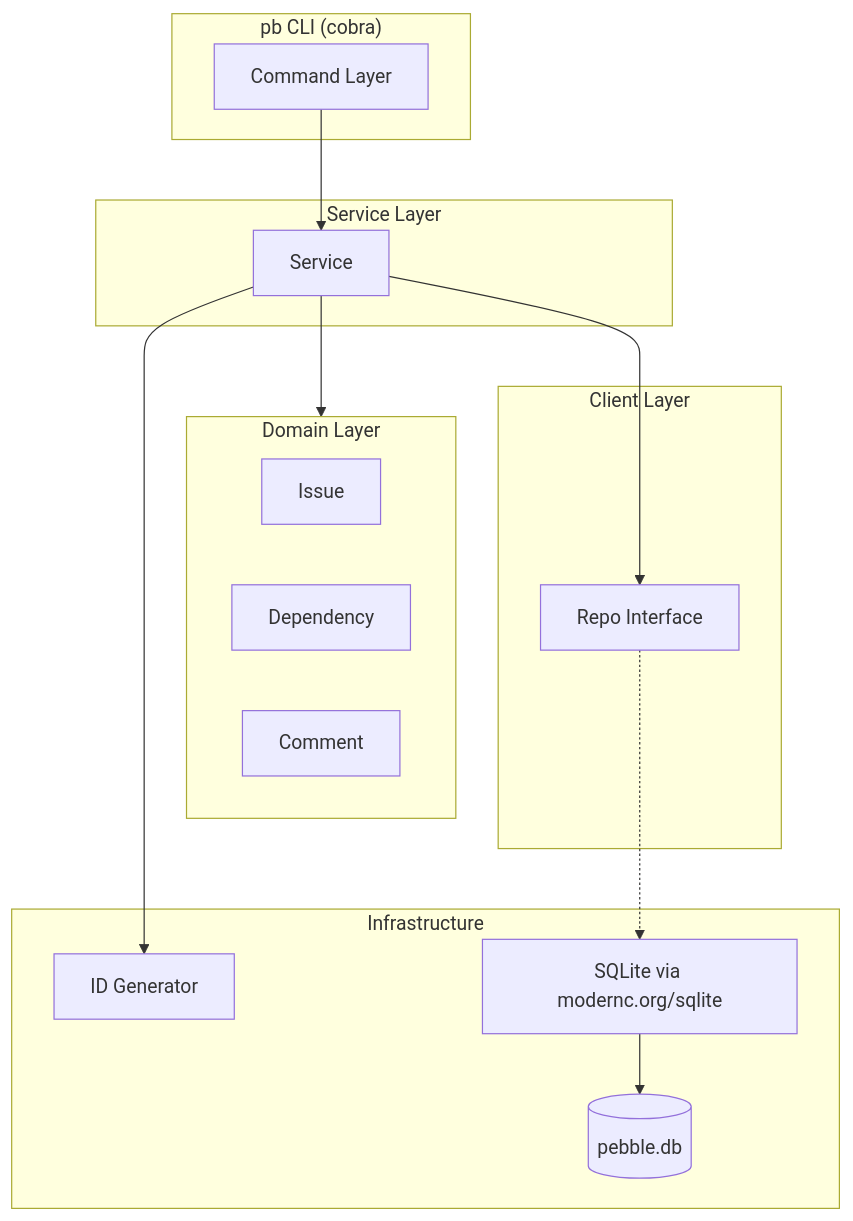
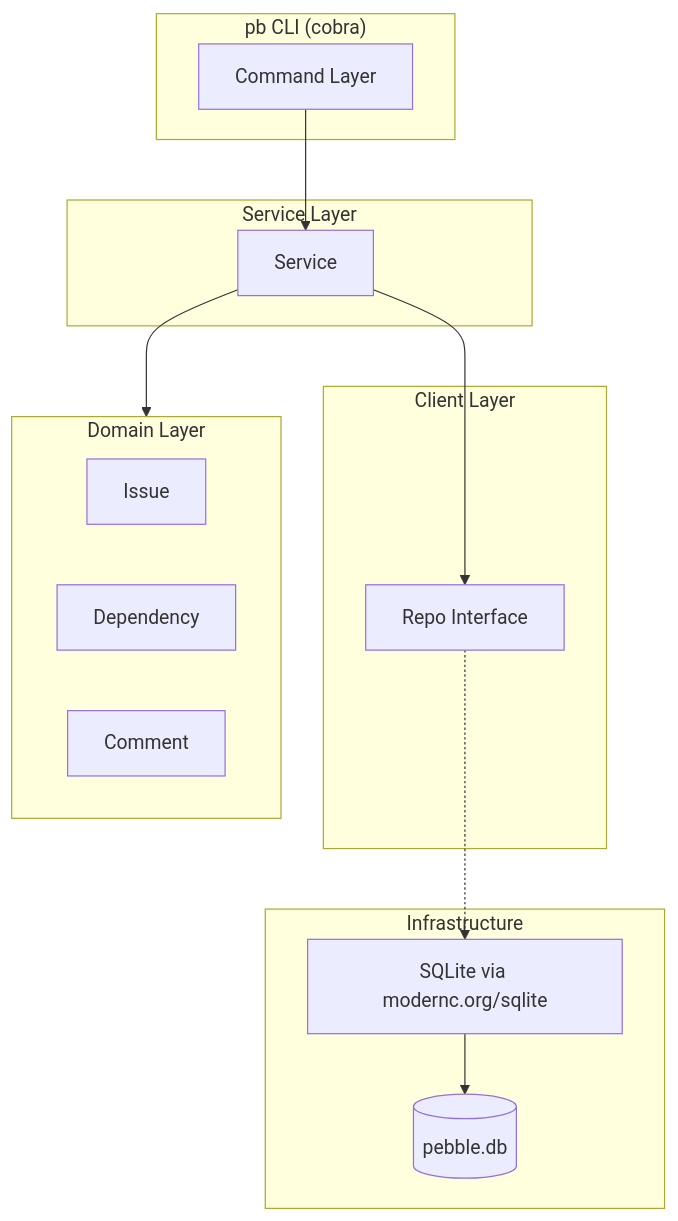
Before and after one commit to w-h-a/bees: the diagram in README.md, drawn with Mermaid. The commit also changed 2 other files, not shown here.

Commit message:
refactor: mv idgen

````diff
--- a/README.md
+++ b/README.md
@@ -13,33 +13,31 @@
 ```mermaid
 graph TD
   subgraph CLI ["pb CLI (cobra)"]
-      CMD[Command Layer]
+    CMD[Command Layer]
   end
 
   subgraph Service ["Service Layer"]
     SVC[Service]
-  end
-
-  subgraph Domain ["Domain Layer"]
-      ISSUE[Issue]
-      DEP[Dependency]
-      COMMENT[Comment]
   end
 
   subgraph Client ["Client Layer"]
     REPO_IF[Repo Interface]
   end
 
   subgraph Infra ["Infrastructure"]
-    IDGEN[ID Generator]
     SQLITE[SQLite via modernc.org/sqlite]
     DB[(pebble.db)]
   end
 
+  subgraph Domain ["Domain Layer"]
+    ISSUE[Issue]
+    DEP[Dependency]
+    COMMENT[Comment]
+  end
+
   CMD --> SVC
   SVC --> Domain
-  SVC --> IDGEN
   SVC --> REPO_IF
   REPO_IF -.-> SQLITE
   SQLITE --> DB
 ```
````
